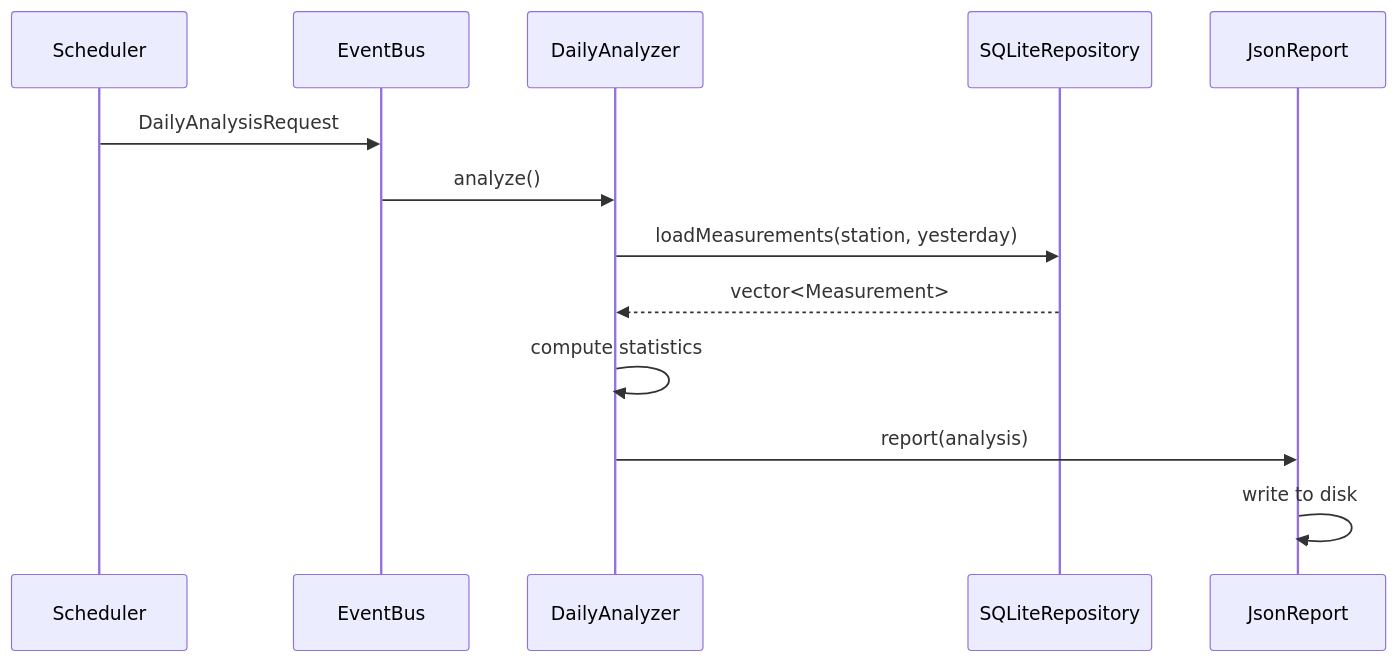
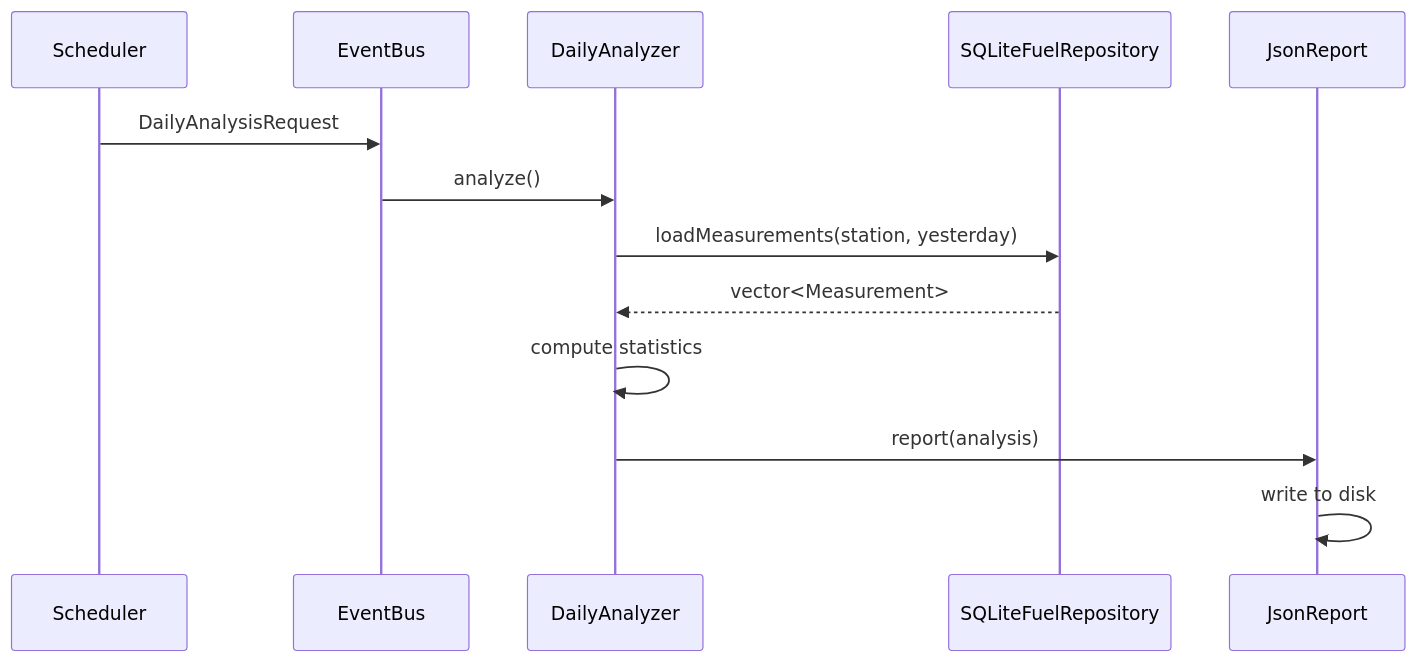
The fourth of 4 diagrams in docs/architecture/FuelModule.md (FelixHommel/FuelPulse), drawn with Mermaid before and after one commit. The commit also changed other lines of this file, not shown here.

````diff
--- a/docs/architecture/FuelModule.md
+++ b/docs/architecture/FuelModule.md
@@ -236,21 +215,21 @@
 ```mermaid
 sequenceDiagram
   participant Scheduler
   participant EventBus
   participant DailyAnalyzer
-  participant SQLiteRepository
+  participant SQLiteFuelRepository
   participant JsonReport
   
   Scheduler ->> EventBus: DailyAnalysisRequest
 
   EventBus ->> DailyAnalyzer: analyze()
 
-  DailyAnalyzer ->> SQLiteRepository: loadMeasurements(station, yesterday)
-  SQLiteRepository -->> DailyAnalyzer: vector<Measurement>
+  DailyAnalyzer ->> SQLiteFuelRepository: loadMeasurements(station, yesterday)
+  SQLiteFuelRepository -->> DailyAnalyzer: vector<Measurement>
 
   DailyAnalyzer ->> DailyAnalyzer: compute statistics
 
   DailyAnalyzer ->> JsonReport: report(analysis)
 
   JsonReport ->> JsonReport: write to disk
 ```
````
